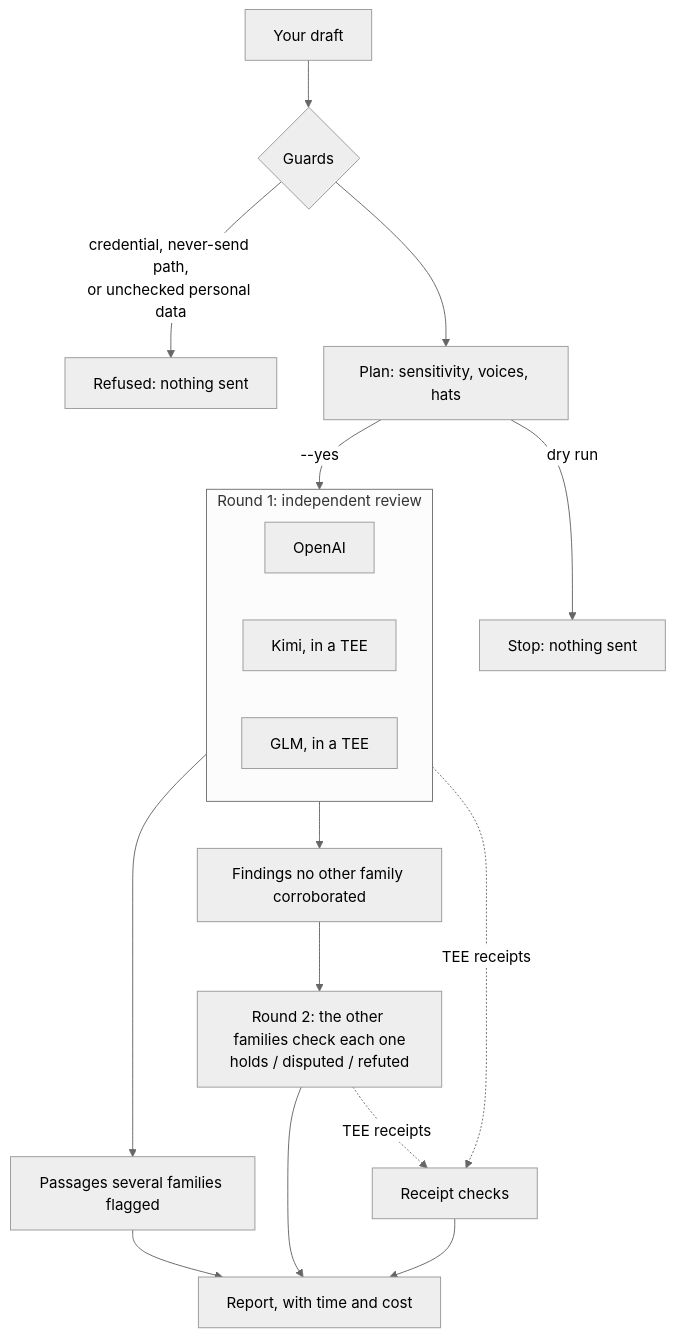
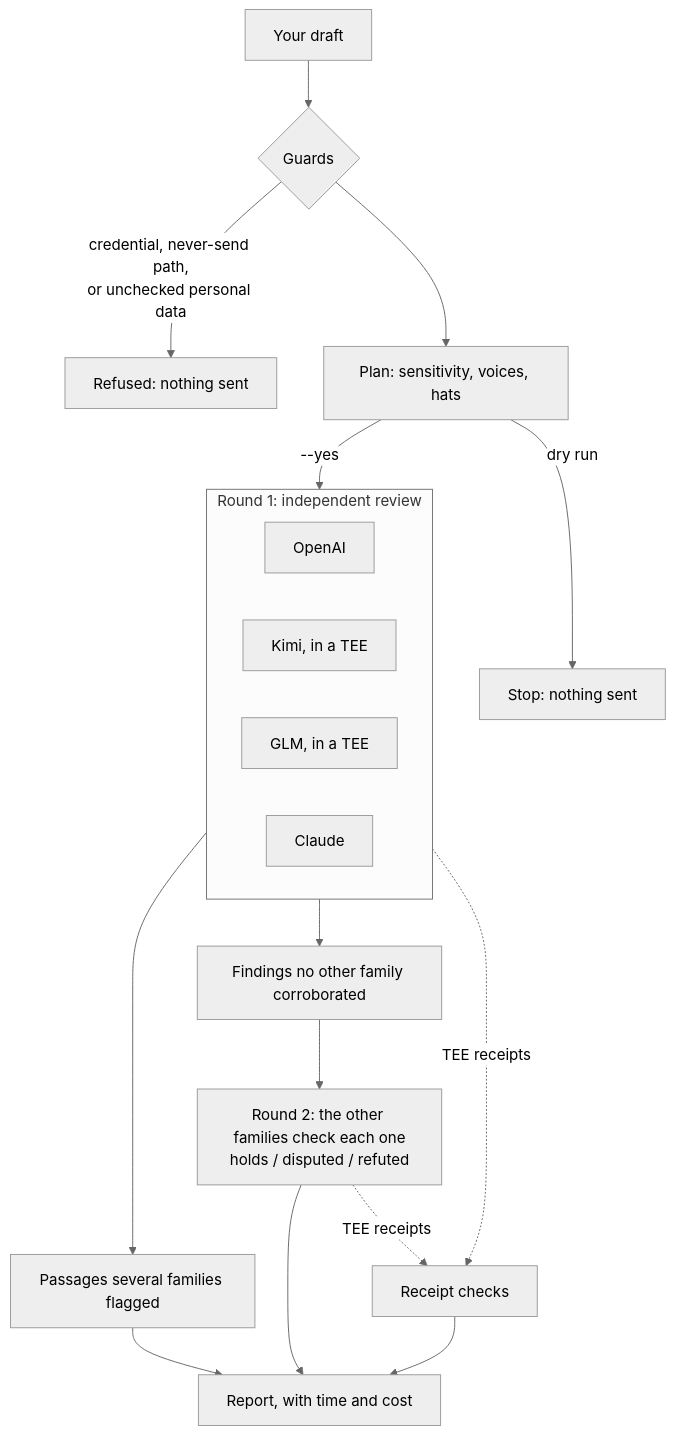
One commit to fundingthecommons/cross-model-chorus changed the diagram in README.md. Above: the diagram before and after it, drawn with Mermaid (neutral theme). The commit also changed other lines of this file and 6 other files, not shown here.

````diff
--- a/README.md
+++ b/README.md
@@ -15,21 +15,22 @@
 ```mermaid
 flowchart TD
     D[Your draft] --> G{Guards}
     G -->|"credential, never-send path,<br/>or unchecked personal data"| X[Refused: nothing sent]
     G --> P[Plan: sensitivity, voices, hats]
     P -->|"dry run"| S[Stop: nothing sent]
     P -->|"--yes"| R1
     subgraph R1 [Round 1: independent review]
         V1[OpenAI]
         V2[Kimi, in a TEE]
         V3[GLM, in a TEE]
+        V4[Claude]
     end
     R1 --> A[Passages several families flagged]
     R1 --> F[Findings no other family corroborated]
     F --> R2[Round 2: the other families check each one<br/>holds / disputed / refuted]
     A --> REP[Report, with time and cost]
     R2 --> REP
     R1 -. TEE receipts .-> C[Receipt checks]
     R2 -. TEE receipts .-> C
     C --> REP
 ```
````
